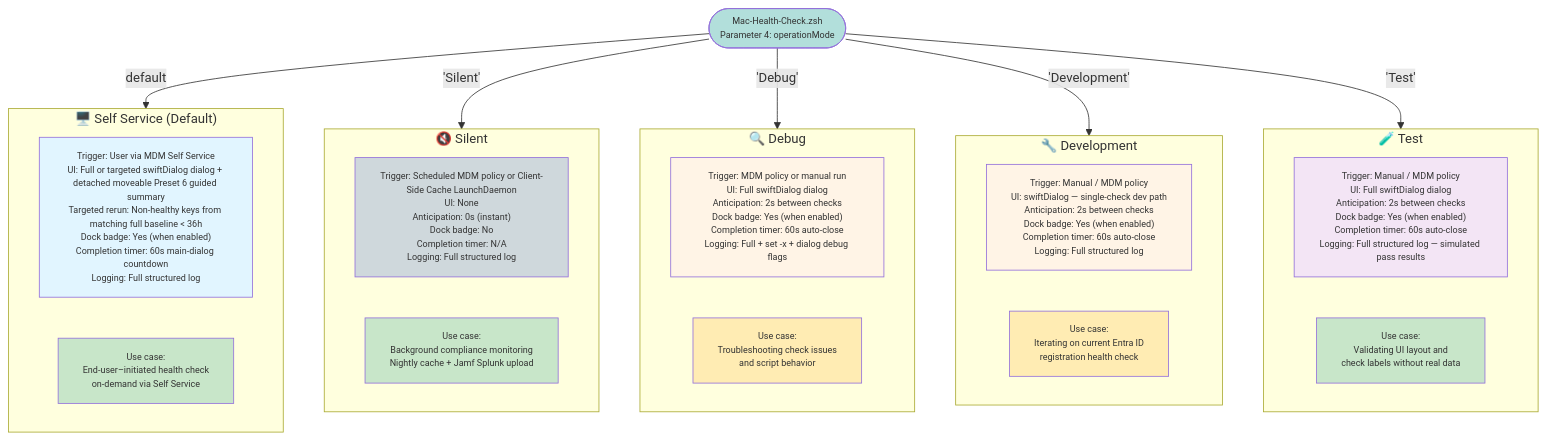
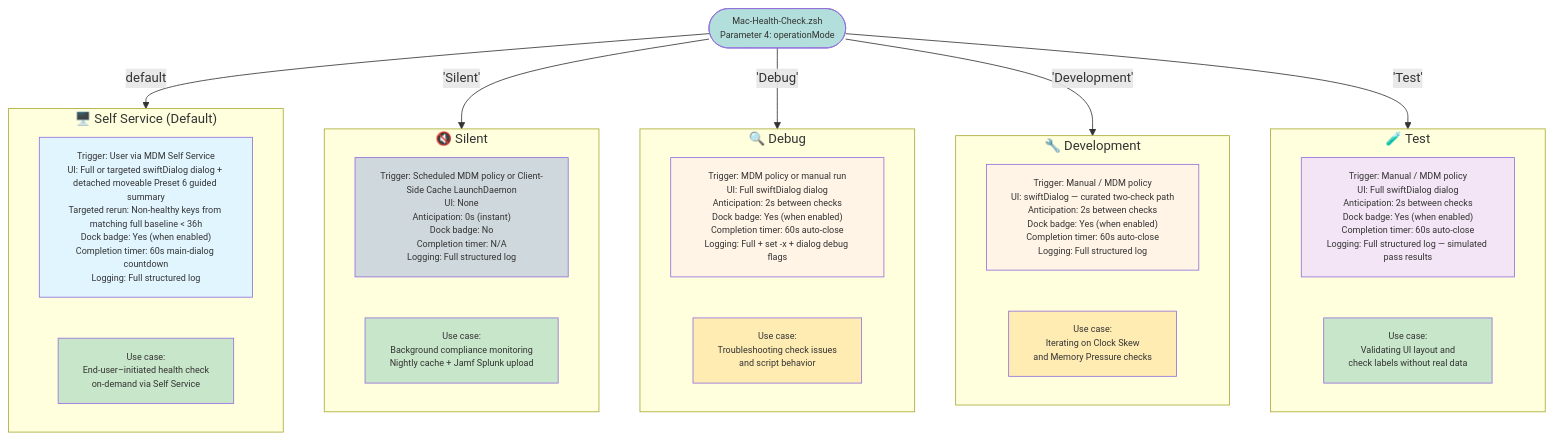
Before and after one commit to dan-snelson/Mac-Health-Check: the diagram in Diagrams/05-operation-modes.md, drawn with Mermaid. The commit also changed other lines of this file and 7 other files, not shown here.

````diff
--- a/Diagrams/05-operation-modes.md
+++ b/Diagrams/05-operation-modes.md
@@ -5,54 +5,54 @@
 ```mermaid
 graph TB
     ENTRY(["Mac-Health-Check.zsh<br>Parameter 4: operationMode"])
 
     subgraph SelfService["🖥️ Self Service (Default)"]
         SS_DESC["Trigger: User via MDM Self Service<br>UI: Full or targeted swiftDialog dialog + detached moveable Preset 6 guided summary<br>Targeted rerun: Non-healthy keys from matching full baseline < 36h<br>Dock badge: Yes (when enabled)<br>Completion timer: 60s main-dialog countdown<br>Logging: Full structured log"]
         SS_USE["Use case:<br>End-user–initiated health check<br>on-demand via Self Service"]
 
         style SS_DESC fill:#e1f5ff
         style SS_USE fill:#c8e6c9
     end
 
     subgraph Silent["🔇 Silent"]
         SL_DESC["Trigger: Scheduled MDM policy or Client-Side Cache LaunchDaemon<br>UI: None<br>Anticipation: 0s (instant)<br>Dock badge: No<br>Completion timer: N/A<br>Logging: Full structured log"]
         SL_USE["Use case:<br>Background compliance monitoring<br>Nightly cache + Jamf Splunk upload"]
 
         style SL_DESC fill:#cfd8dc
         style SL_USE fill:#c8e6c9
     end
 
     subgraph Debug["🔍 Debug"]
         DB_DESC["Trigger: MDM policy or manual run<br>UI: Full swiftDialog dialog<br>Anticipation: 2s between checks<br>Dock badge: Yes (when enabled)<br>Completion timer: 60s auto-close<br>Logging: Full + set -x + dialog debug flags"]
         DB_USE["Use case:<br>Troubleshooting check issues<br>and script behavior"]
 
         style DB_DESC fill:#fff4e6
         style DB_USE fill:#ffecb3
     end
 
     subgraph Development["🔧 Development"]
-        DV_DESC["Trigger: Manual / MDM policy<br>UI: swiftDialog — single-check dev path<br>Anticipation: 2s between checks<br>Dock badge: Yes (when enabled)<br>Completion timer: 60s auto-close<br>Logging: Full structured log"]
-        DV_USE["Use case:<br>Iterating on current Entra ID<br>registration health check"]
+        DV_DESC["Trigger: Manual / MDM policy<br>UI: swiftDialog — curated two-check path<br>Anticipation: 2s between checks<br>Dock badge: Yes (when enabled)<br>Completion timer: 60s auto-close<br>Logging: Full structured log"]
+        DV_USE["Use case:<br>Iterating on Clock Skew<br>and Memory Pressure checks"]
 
         style DV_DESC fill:#fff4e6
         style DV_USE fill:#ffecb3
     end
 
     subgraph Test["🧪 Test"]
         TS_DESC["Trigger: Manual / MDM policy<br>UI: Full swiftDialog dialog<br>Anticipation: 2s between checks<br>Dock badge: Yes (when enabled)<br>Completion timer: 60s auto-close<br>Logging: Full structured log — simulated pass results"]
         TS_USE["Use case:<br>Validating UI layout and<br>check labels without real data"]
 
         style TS_DESC fill:#f3e5f5
         style TS_USE fill:#c8e6c9
     end
 
     ENTRY -->|default| SelfService
     ENTRY -->|"'Silent'"| Silent
     ENTRY -->|"'Debug'"| Debug
     ENTRY -->|"'Development'"| Development
     ENTRY -->|"'Test'"| Test
 
     style ENTRY fill:#b2dfdb
 
     classDef default font-size:11px
 ```
````
